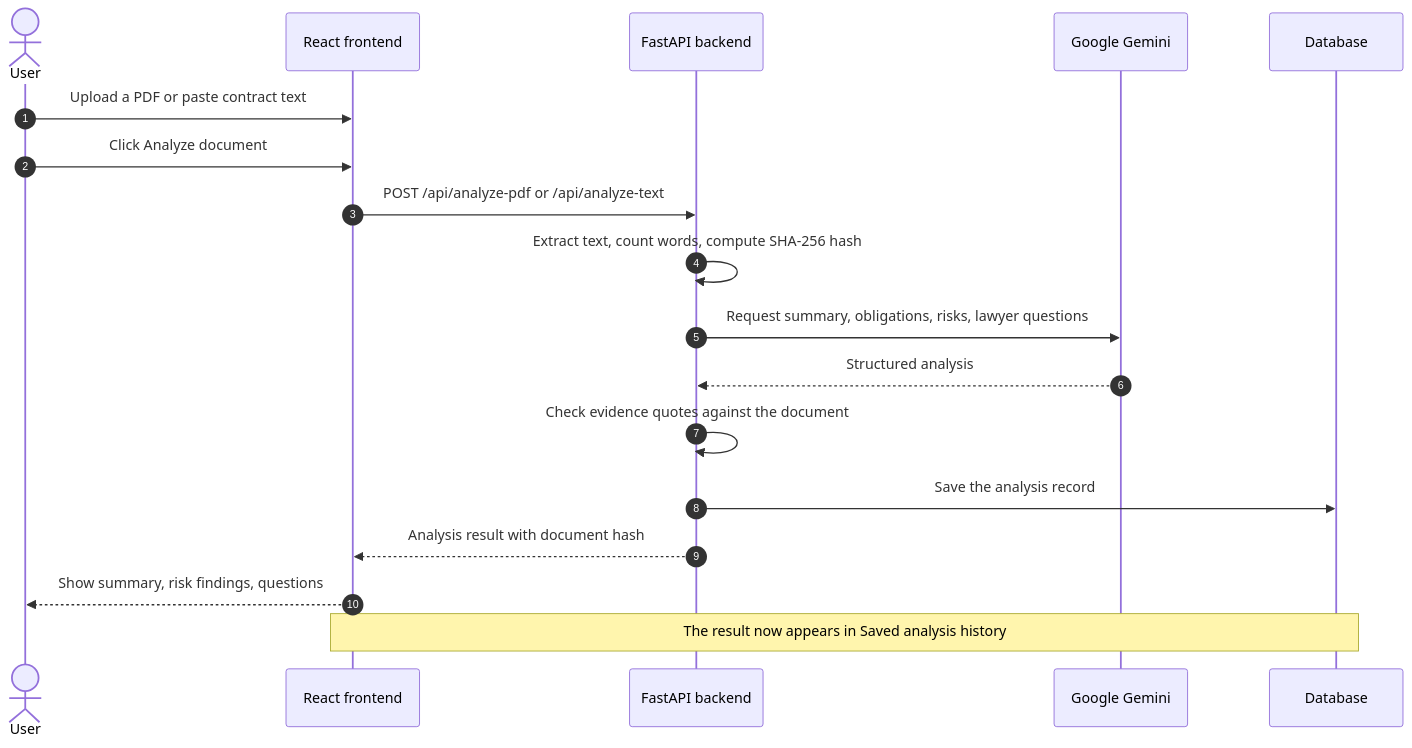
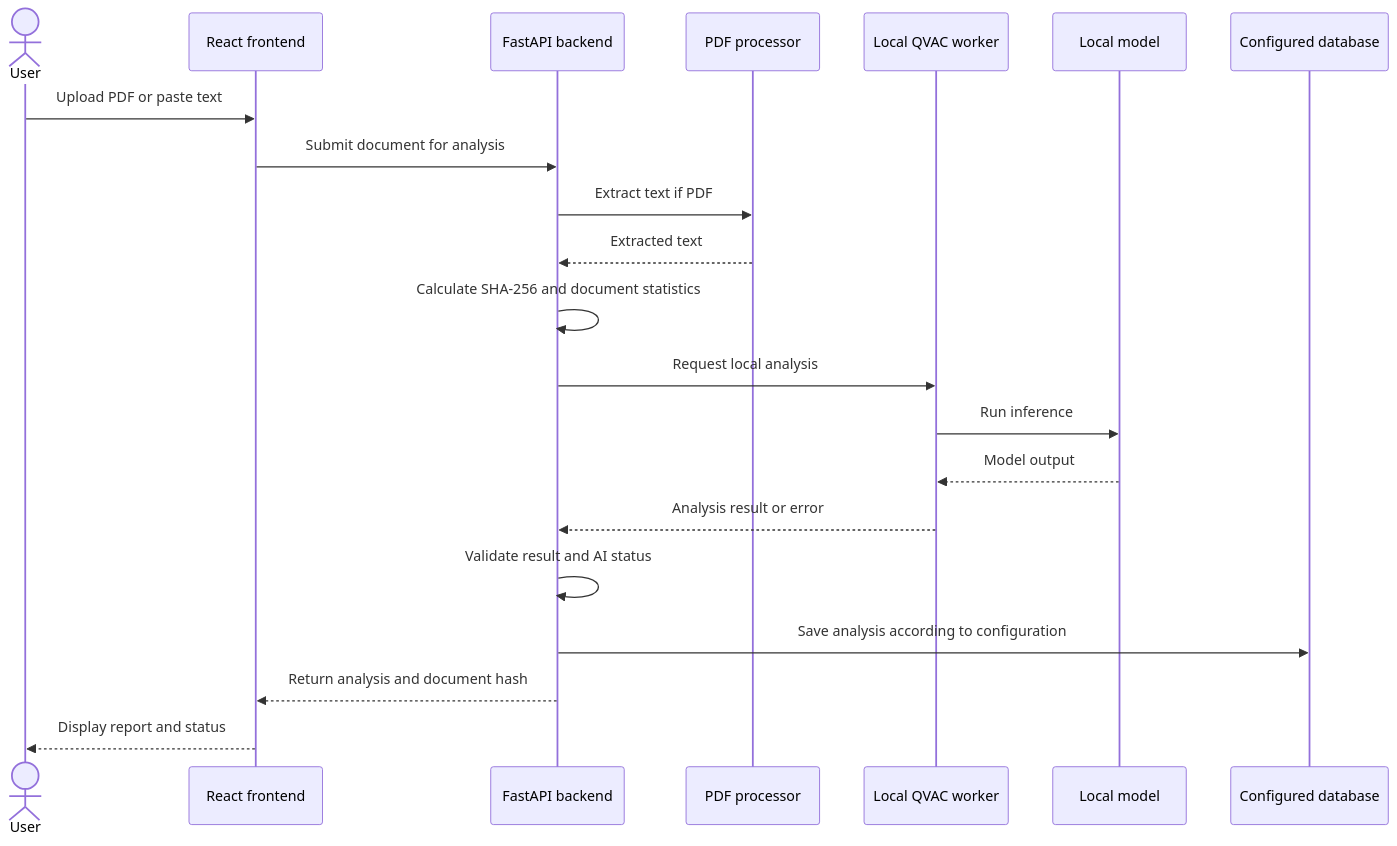
One commit to Hajrajadoon/LexProof-Pocket changed the fourth of 6 diagrams in README.md. Above: the diagram before and after it, drawn with Mermaid. The commit also changed other lines of this file, not shown here.

````diff
--- a/README.md
+++ b/README.md
@@ -239,21 +319,24 @@
 ```mermaid
 sequenceDiagram
-    autonumber
     actor User
-    participant FE as React frontend
+    participant UI as React frontend
     participant API as FastAPI backend
-    participant AI as Google Gemini
-    participant DB as Database
+    participant PDF as PDF processor
+    participant QVAC as Local QVAC worker
+    participant Model as Local model
+    participant DB as Configured database
 
-    User->>FE: Upload a PDF or paste contract text
-    User->>FE: Click Analyze document
-    FE->>API: POST /api/analyze-pdf or /api/analyze-text
-    API->>API: Extract text, count words, compute SHA-256 hash
-    API->>AI: Request summary, obligations, risks, lawyer questions
-    AI-->>API: Structured analysis
-    API->>API: Check evidence quotes against the document
-    API->>DB: Save the analysis record
-    API-->>FE: Analysis result with document hash
-    FE-->>User: Show summary, risk findings, questions
-    Note over FE,DB: The result now appears in Saved analysis history
+    User->>UI: Upload PDF or paste text
+    UI->>API: Submit document for analysis
+    API->>PDF: Extract text if PDF
+    PDF-->>API: Extracted text
+    API->>API: Calculate SHA-256 and document statistics
+    API->>QVAC: Request local analysis
+    QVAC->>Model: Run inference
+    Model-->>QVAC: Model output
+    QVAC-->>API: Analysis result or error
+    API->>API: Validate result and AI status
+    API->>DB: Save analysis according to configuration
+    API-->>UI: Return analysis and document hash
+    UI-->>User: Display report and status
 ```
````
